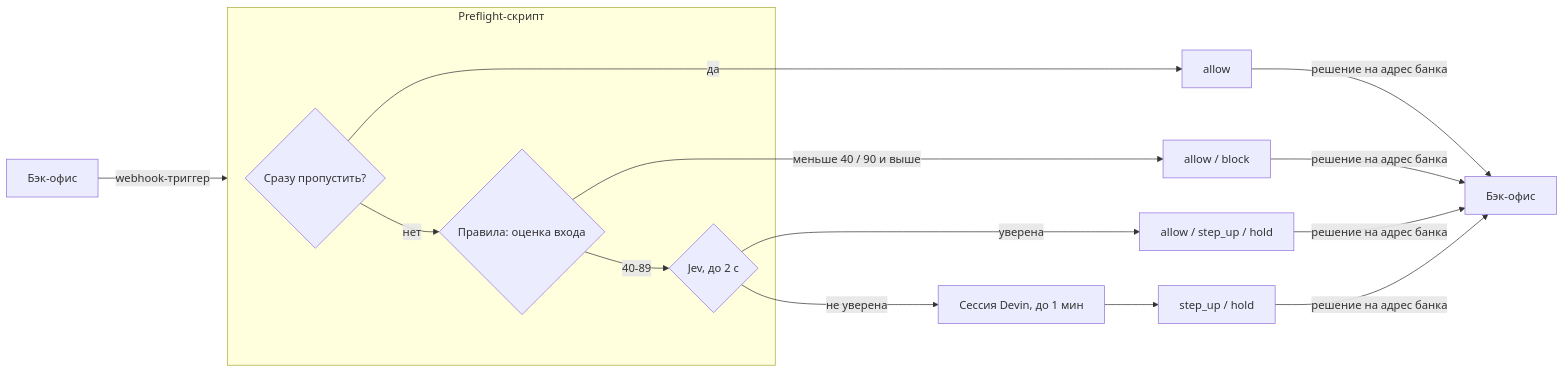
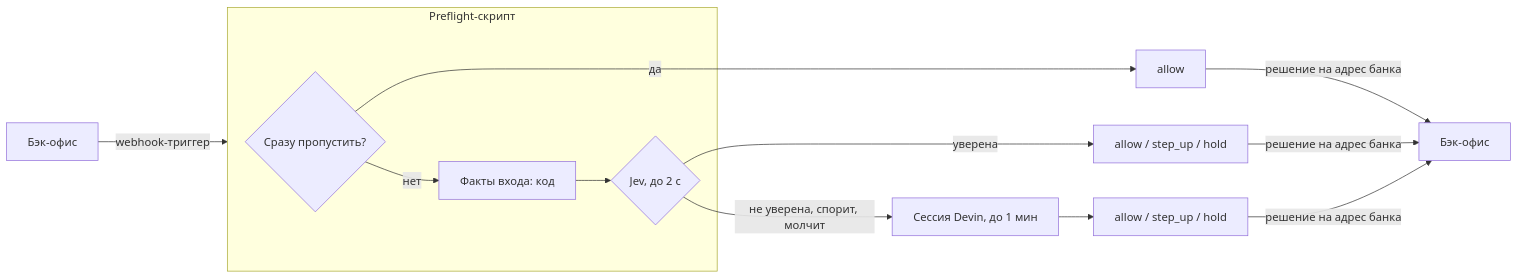
The diagram in docs/plan.md (hackaton201126/nightwatch), drawn with Mermaid before and after one commit. The commit also changed other lines of this file and 1 other file, not shown here.

Commit message:
docs: drop the weights, let Jev decide on login facts and escalate to Devin

````diff
--- a/docs/plan.md
+++ b/docs/plan.md
@@ -15,14 +15,13 @@
 ```mermaid
 flowchart LR
   bank[Бэк-офис] -->|webhook-триггер| pre
   subgraph pre[Preflight-скрипт]
-    fast{Сразу пропустить?} -->|нет| rules{Правила: оценка входа}
-    rules -->|40-89| jev{Jev, до 2 с}
+    fast{Сразу пропустить?} -->|нет| facts[Факты входа: код]
+    facts --> jev{Jev, до 2 с}
   end
   fast -->|да| dfast[allow]
-  rules -->|меньше 40 / 90 и выше| d0[allow / block]
   jev -->|уверена| d1[allow / step_up / hold]
-  jev -->|не уверена| devin[Сессия Devin, до 1 мин]
-  devin --> d2[step_up / hold]
-  dfast & d0 & d1 & d2 -->|решение на адрес банка| out[Бэк-офис]
+  jev -->|не уверена, спорит, молчит| devin[Сессия Devin, до 1 мин]
+  devin --> d2[allow / step_up / hold]
+  dfast & d1 & d2 -->|решение на адрес банка| out[Бэк-офис]
 ```
````
